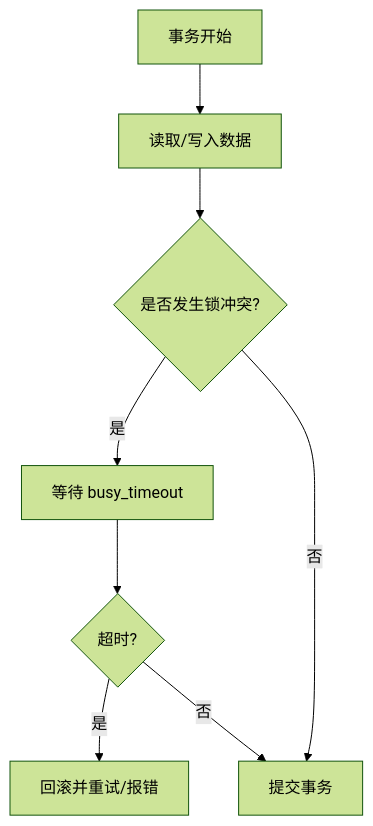
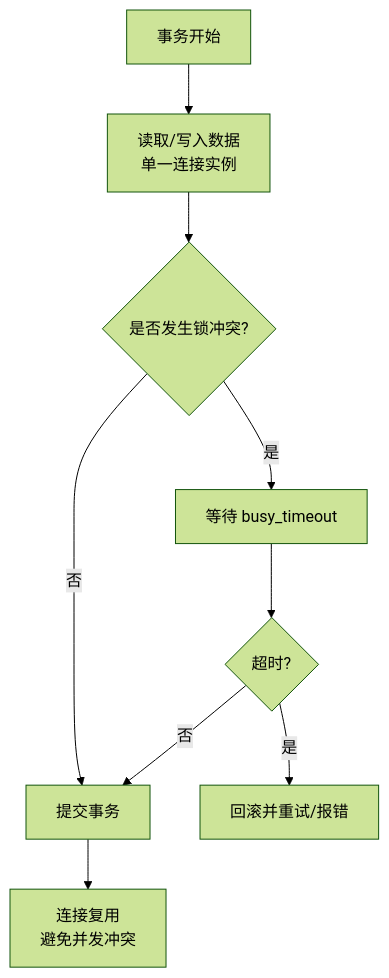
The seventh of 8 diagrams in .qoder/repowiki/zh/content/数据库设计/数据模型设计/数据库架构设计.md (kinke0/ProductList), drawn with Mermaid (forest theme) before and after one commit. The commit also changed other lines of this file and 106 other files, not shown here.

Commit message:
V1.1.0: 修复清单导航树不匹配+统计视图加载遮罩+上下移提示

````diff
--- a/.qoder/repowiki/zh/content/数据库设计/数据模型设计/数据库架构设计.md
+++ b/.qoder/repowiki/zh/content/数据库设计/数据模型设计/数据库架构设计.md
@@ -312,10 +313,11 @@
 ```mermaid
 flowchart TD
-T1["事务开始"] --> T2["读取/写入数据"]
+T1["事务开始"] --> T2["读取/写入数据<br/>单一连接实例"]
 T2 --> T3{"是否发生锁冲突?"}
+T3 -- 否 --> T5["提交事务"]
 T3 -- 是 --> T4["等待 busy_timeout"]
-T3 -- 否 --> T5["提交事务"]
 T4 --> T6{"超时?"}
 T6 -- 是 --> T7["回滚并重试/报错"]
 T6 -- 否 --> T5
+T5 --> T8["连接复用<br/>避免并发冲突"]
 ```
````
